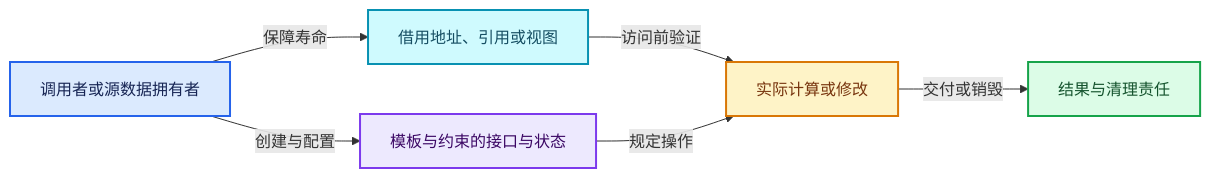
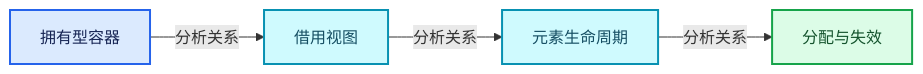
Before and after one commit to yunkezengren/blender-.vscode: the third of 4 diagrams in 杂/markdown/全面学习-codex/01-基础容器与现代CPP/02-模板与约束.md, drawn with Mermaid. The commit also changed other lines of this file and 1930 other files, not shown here.

````diff
--- a/杂/markdown/全面学习-codex/01-基础容器与现代CPP/02-模板与约束.md
+++ b/杂/markdown/全面学习-codex/01-基础容器与现代CPP/02-模板与约束.md
@@ -209,19 +64,16 @@
 ```mermaid
 flowchart LR
-  O["调用者或源数据拥有者"]:::input
-  V["模板与约束的接口与状态"]:::abstraction
-  B["借用地址、引用或视图"]:::data
-  W["实际计算或修改"]:::compute
-  R["结果与清理责任"]:::result
-  O -->|"创建与配置"| V
-  O -->|"保障寿命"| B
-  B -->|"访问前验证"| W
-  V -->|"规定操作"| W
-  W -->|"交付或销毁"| R
+  P0["拥有型容器"]:::input
+  P1["借用视图"]:::data
+  P2["元素生命周期"]:::data
+  P3["分配与失效"]:::result
+  P0 -->|"分析关系"| P1
+  P1 -->|"分析关系"| P2
+  P2 -->|"分析关系"| P3
   classDef input fill:#DBEAFE,stroke:#2563EB,color:#172554,stroke-width:2px;
   classDef data fill:#CFFAFE,stroke:#0891B2,color:#164E63,stroke-width:2px;
   classDef abstraction fill:#EDE9FE,stroke:#7C3AED,color:#3B0764,stroke-width:2px;
   classDef compute fill:#FEF3C7,stroke:#D97706,color:#78350F,stroke-width:2px;
   classDef result fill:#DCFCE7,stroke:#16A34A,color:#14532D,stroke-width:2px;
   classDef error fill:#FEE2E2,stroke:#DC2626,color:#7F1D1D,stroke-width:2px;
 ```
````
